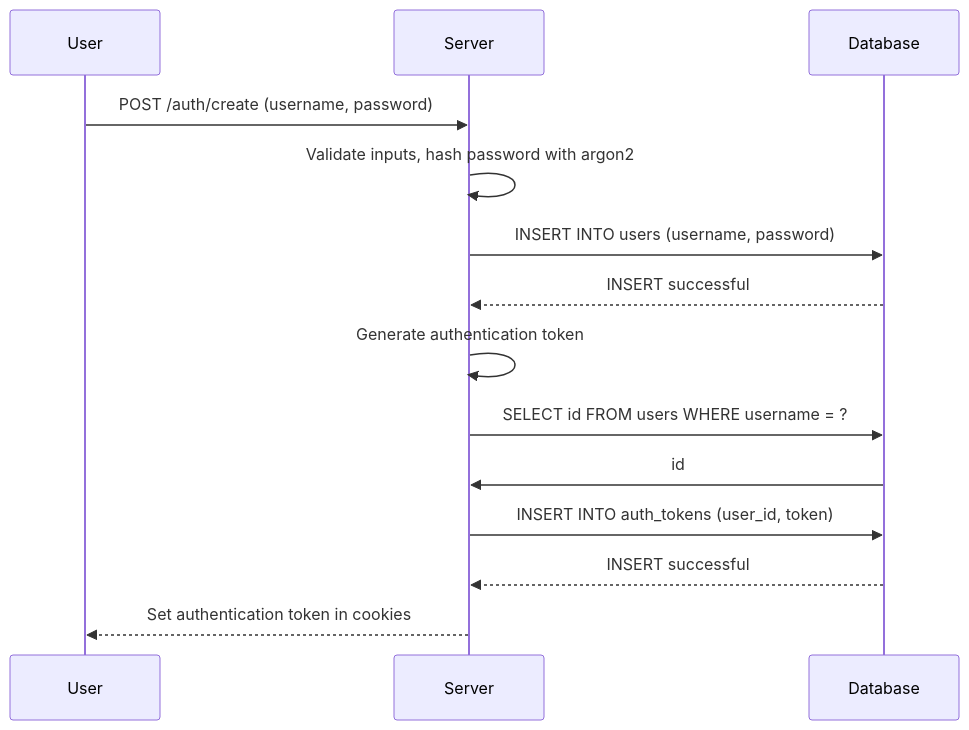
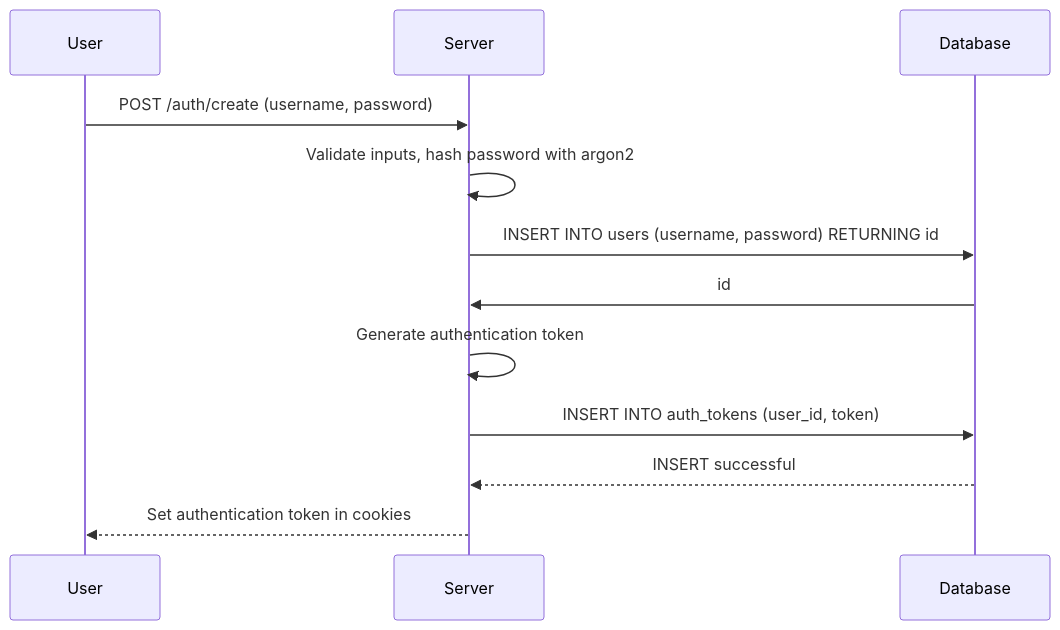
The first of 2 diagrams in README.md (Save-Points/SavePoints), drawn with Mermaid before and after one commit. The commit also changed other lines of this file and 1 other file, not shown here.

````diff
--- a/README.md
+++ b/README.md
@@ -318,17 +318,15 @@
 ```mermaid
 sequenceDiagram
     participant U as User
     participant S as Server
     participant DB as Database
 
     U->>S: POST /auth/create (username, password)
     S->>S: Validate inputs, hash password with argon2
-    S->>DB: INSERT INTO users (username, password)
-    DB-->>S: INSERT successful
+    S->>DB: INSERT INTO users (username, password) RETURNING id
+    DB->>S: id
     S->>S: Generate authentication token
-    S->>DB: SELECT id FROM users WHERE username = ?
-    DB->>S: id
     S->>DB: INSERT INTO auth_tokens (user_id, token)
     DB-->>S: INSERT successful
     S-->>U: Set authentication token in cookies
 ```
````
